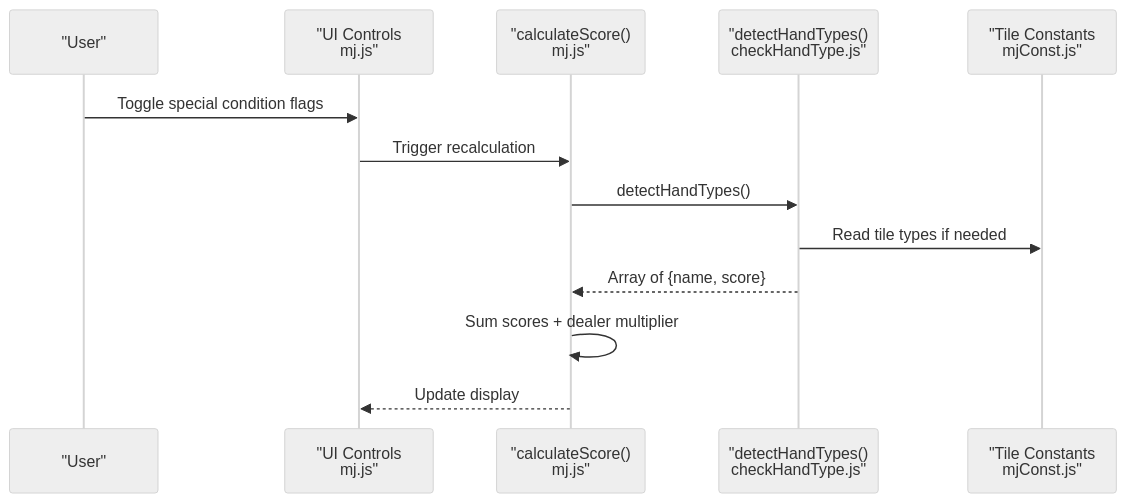
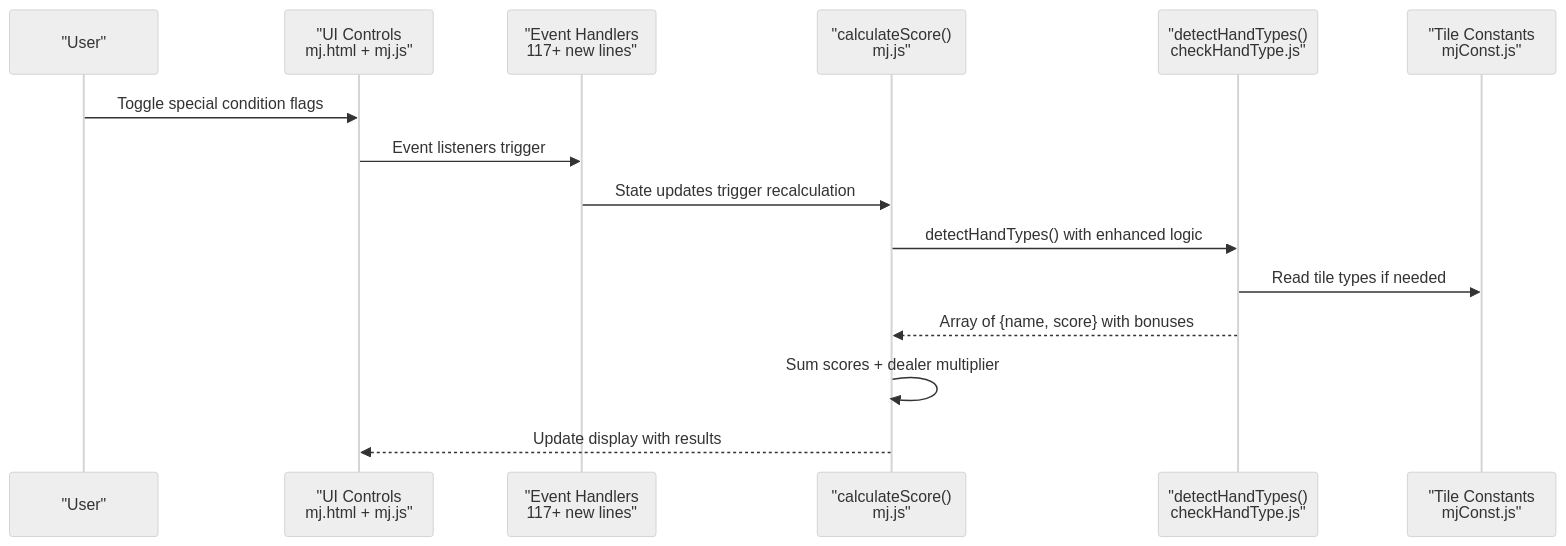
One commit to stc05168/ov-mj-calculator changed the second of 7 diagrams in .qoder/repowiki/en/content/Scoring System Reference/Special Conditions and Bonuses.md. Above: the diagram before and after it, drawn with Mermaid (neutral theme). The commit also changed other lines of this file and 69 other files, not shown here.

````diff
--- a/.qoder/repowiki/en/content/Scoring System Reference/Special Conditions and Bonuses.md
+++ b/.qoder/repowiki/en/content/Scoring System Reference/Special Conditions and Bonuses.md
@@ -71,15 +87,17 @@
 ```mermaid
 sequenceDiagram
 participant User as "User"
-participant UI as "UI Controls<br/>mj.js"
+participant UI as "UI Controls<br/>mj.html + mj.js"
+participant Handlers as "Event Handlers<br/>117+ new lines"
 participant Calc as "calculateScore()<br/>mj.js"
 participant Det as "detectHandTypes()<br/>checkHandType.js"
 participant Const as "Tile Constants<br/>mjConst.js"
 User->>UI : Toggle special condition flags
-UI->>Calc : Trigger recalculation
-Calc->>Det : detectHandTypes()
+UI->>Handlers : Event listeners trigger
+Handlers->>Calc : State updates trigger recalculation
+Calc->>Det : detectHandTypes() with enhanced logic
 Det->>Const : Read tile types if needed
-Det-->>Calc : Array of {name, score}
+Det-->>Calc : Array of {name, score} with bonuses
 Calc->>Calc : Sum scores + dealer multiplier
-Calc-->>UI : Update display
+Calc-->>UI : Update display with results
 ```
````
